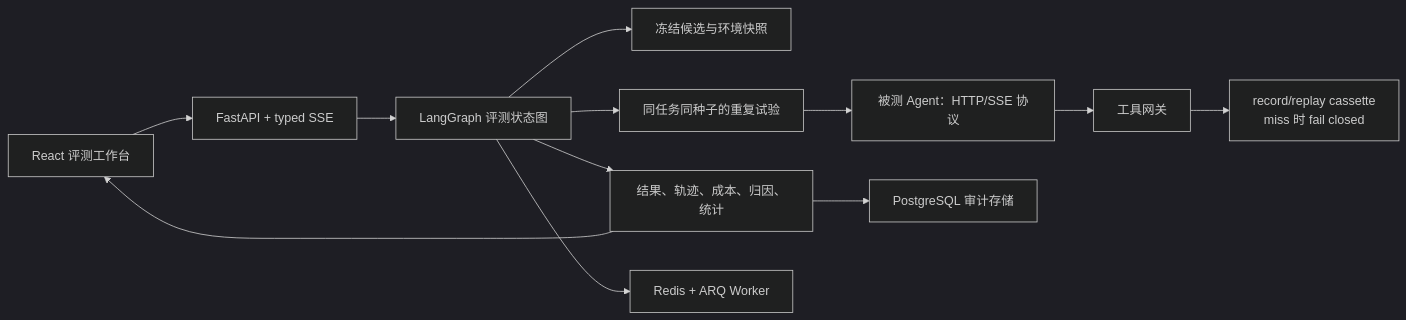
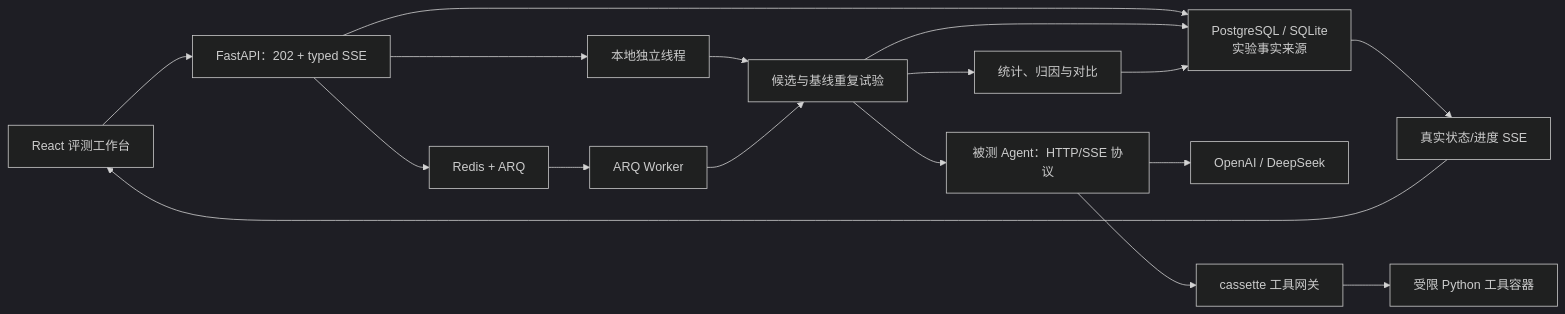
The diagram in README.md (bliss-fox/AgentLens), drawn with Mermaid (dark theme) before and after one commit. The commit also changed other lines of this file and 99 other files, not shown here.

````diff
--- a/README.md
+++ b/README.md
@@ -32,14 +32,19 @@
 ```mermaid
 flowchart LR
-    UI["React 评测工作台"] --> API["FastAPI + typed SSE"]
-    API --> GRAPH["LangGraph 评测状态图"]
-    GRAPH --> SNAP["冻结候选与环境快照"]
-    GRAPH --> TRIALS["同任务同种子的重复试验"]
+    UI["React 评测工作台"] --> API["FastAPI：202 + typed SSE"]
+    API --> DB["PostgreSQL / SQLite\n实验事实来源"]
+    API --> LOCAL["本地独立线程"]
+    API --> QUEUE["Redis + ARQ"]
+    QUEUE --> WORKER["ARQ Worker"]
+    LOCAL --> TRIALS["候选与基线重复试验"]
+    WORKER --> TRIALS
     TRIALS --> AGENT["被测 Agent：HTTP/SSE 协议"]
-    AGENT --> GATEWAY["工具网关"]
-    GATEWAY --> CASSETTE["record/replay cassette\nmiss 时 fail closed"]
-    GRAPH --> EVAL["结果、轨迹、成本、归因、统计"]
-    EVAL --> DB["PostgreSQL 审计存储"]
-    GRAPH --> QUEUE["Redis + ARQ Worker"]
-    EVAL --> UI
+    AGENT --> MODEL["OpenAI / DeepSeek"]
+    AGENT --> GATEWAY["cassette 工具网关"]
+    GATEWAY --> RUNNER["受限 Python 工具容器"]
+    TRIALS --> EVAL["统计、归因与对比"]
+    TRIALS --> DB
+    EVAL --> DB
+    DB --> STREAM["真实状态/进度 SSE"]
+    STREAM --> UI
 ```
````
